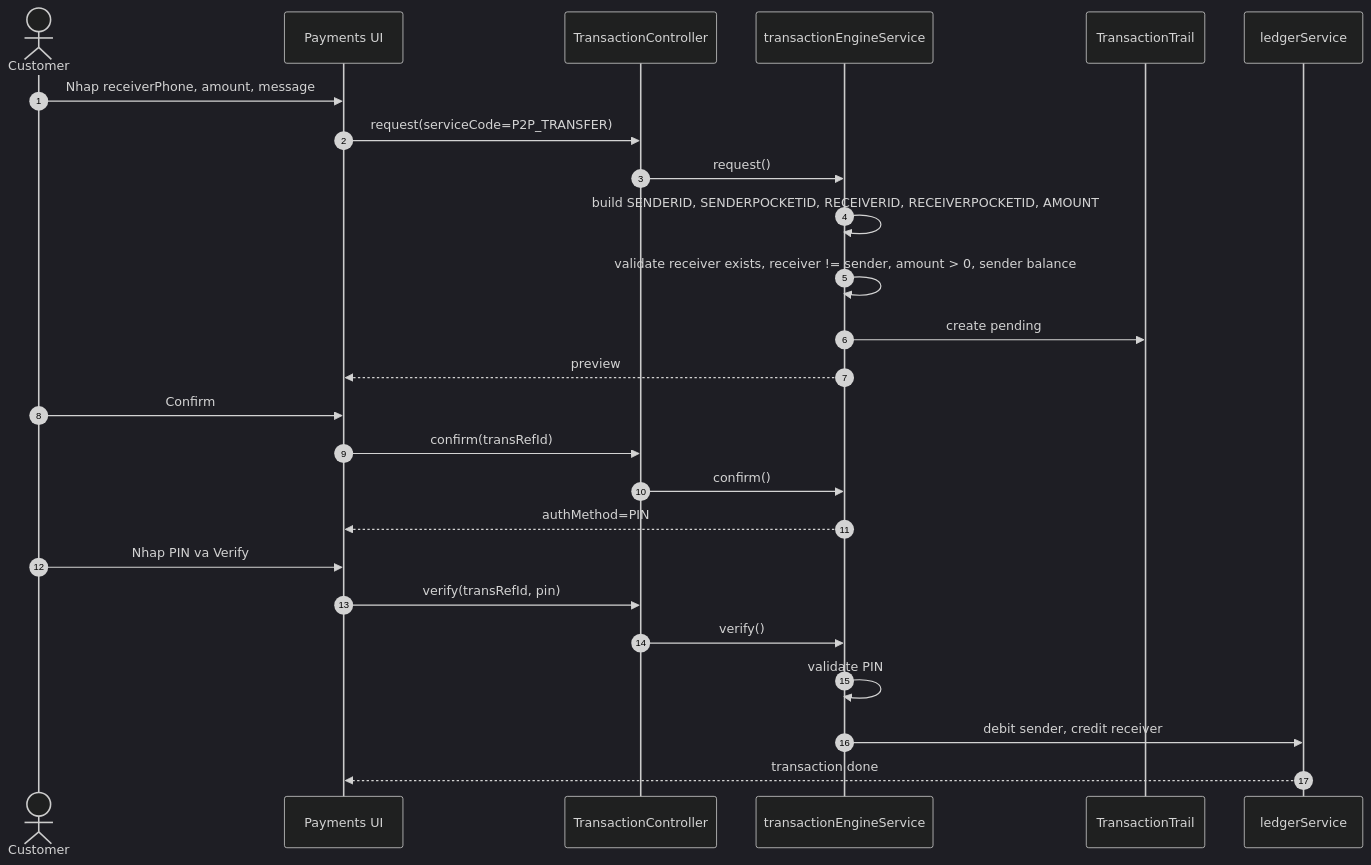
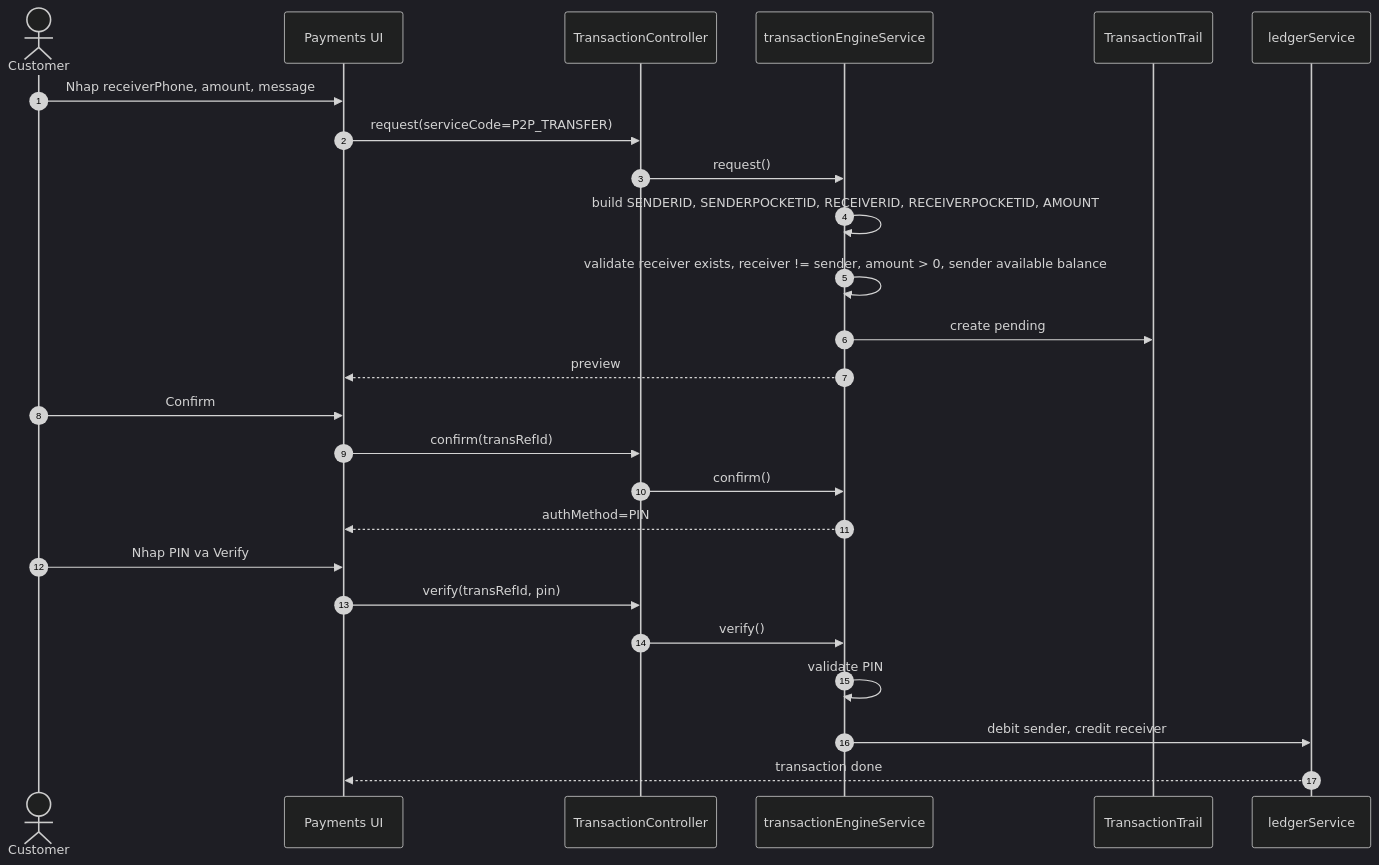
Before and after one commit to Lawliet119/Mini-Wallet-Jits: the third of 6 diagrams in docs/SEQUENCE_DIAGRAMS.md, drawn with Mermaid (dark theme). The commit also changed other lines of this file and 12 other files, not shown here.

````diff
--- a/docs/SEQUENCE_DIAGRAMS.md
+++ b/docs/SEQUENCE_DIAGRAMS.md
@@ -103,30 +103,30 @@
 ```mermaid
 sequenceDiagram
     autonumber
     actor C as Customer
     participant UI as Payments UI
     participant API as TransactionController
     participant Engine as transactionEngineService
     participant Trail as TransactionTrail
     participant Ledger as ledgerService
 
     C->>UI: Nhap receiverPhone, amount, message
     UI->>API: request(serviceCode=P2P_TRANSFER)
     API->>Engine: request()
     Engine->>Engine: build SENDERID, SENDERPOCKETID, RECEIVERID, RECEIVERPOCKETID, AMOUNT
-    Engine->>Engine: validate receiver exists, receiver != sender, amount > 0, sender balance
+    Engine->>Engine: validate receiver exists, receiver != sender, amount > 0, sender available balance
     Engine->>Trail: create pending
     Engine-->>UI: preview
 
     C->>UI: Confirm
     UI->>API: confirm(transRefId)
     API->>Engine: confirm()
     Engine-->>UI: authMethod=PIN
 
     C->>UI: Nhap PIN va Verify
     UI->>API: verify(transRefId, pin)
     API->>Engine: verify()
     Engine->>Engine: validate PIN
     Engine->>Ledger: debit sender, credit receiver
     Ledger-->>UI: transaction done
 ```
````
